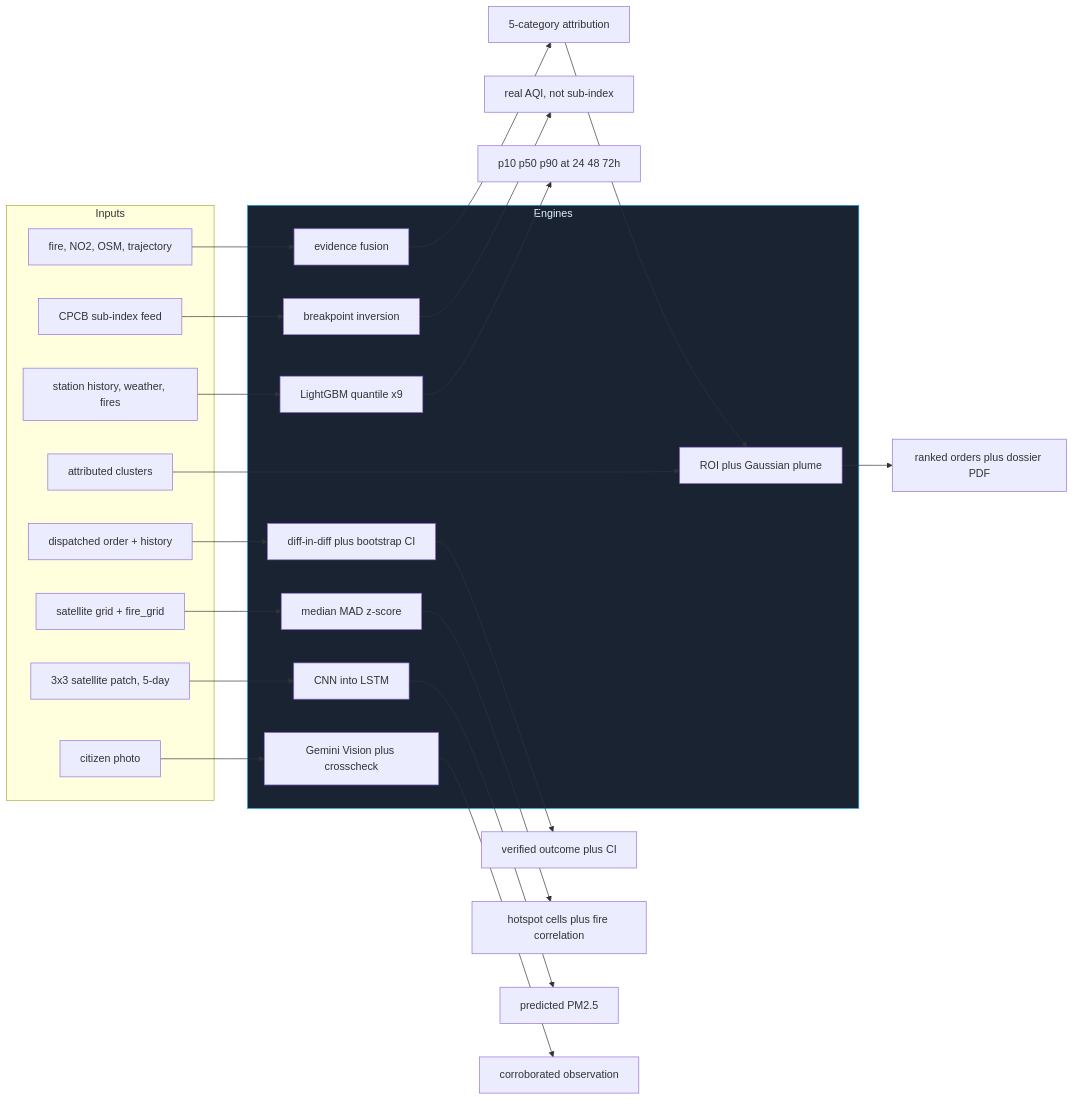
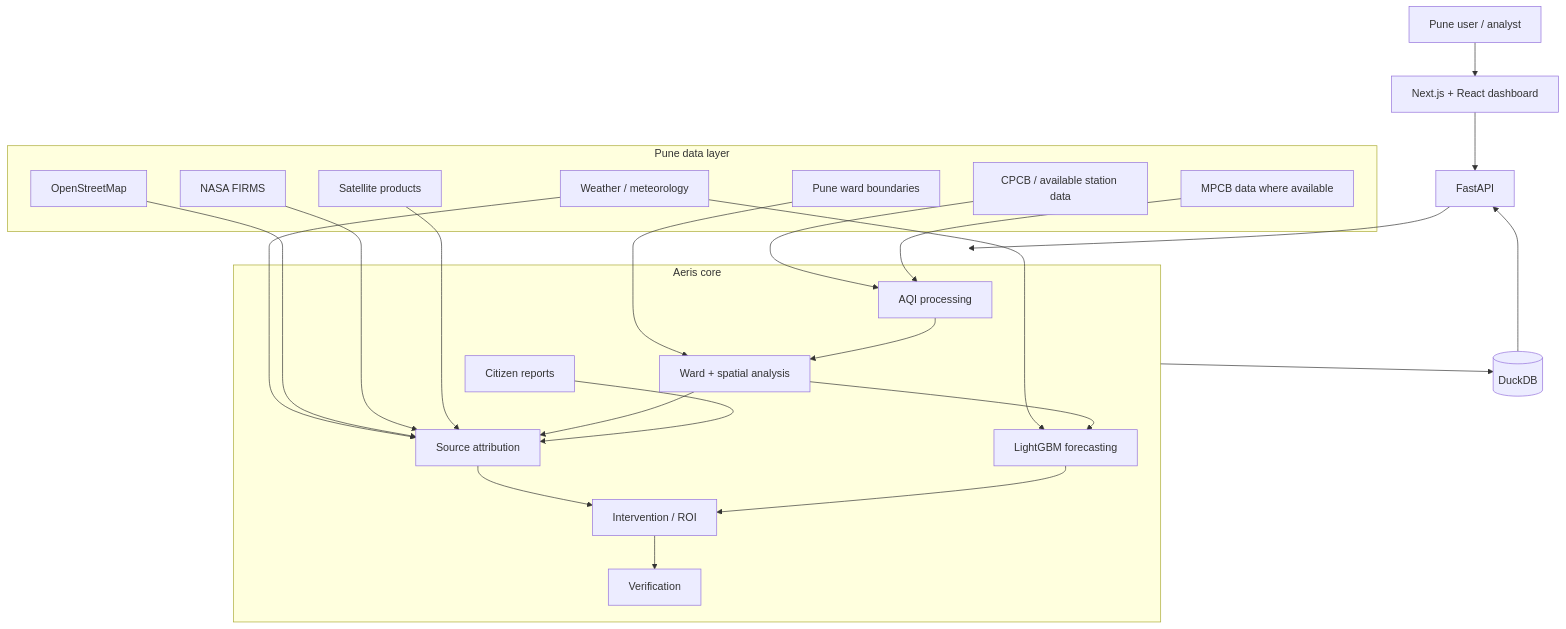
One commit to ashoka0402/final_year_project changed the diagram in README.md. Above: the diagram before and after it, drawn with Mermaid. The commit also changed other lines of this file, not shown here.

Commit message:
docs: rebrand README for Aeris Pune

````diff
--- a/README.md
+++ b/README.md
@@ -320,34 +97,46 @@
 ```mermaid
-flowchart LR
-    subgraph inputs["Inputs"]
-        I1["CPCB sub-index feed"]
-        I2["station history, weather, fires"]
-        I3["fire, NO2, OSM, trajectory"]
-        I4["attributed clusters"]
-        I5["dispatched order + history"]
-        I6["satellite grid + fire_grid"]
-        I7["3x3 satellite patch, 5-day"]
-        I8["citizen photo"]
+flowchart TB
+    U["Pune user / analyst"] --> W["Next.js + React dashboard"]
+
+    W --> A["FastAPI"]
+    A --> CORE["Aeris core services"]
+
+    subgraph CORE["Aeris core"]
+        AQI["AQI processing"]
+        GEO["Ward + spatial analysis"]
+        FC["LightGBM forecasting"]
+        ATTR["Source attribution"]
+        INT["Intervention / ROI"]
+        CIT["Citizen reports"]
+        VER["Verification"]
     end
-    subgraph engines["Engines"]
-        E1["breakpoint inversion"]
-        E2["LightGBM quantile x9"]
-        E3["evidence fusion"]
-        E4["ROI plus Gaussian plume"]
-        E5["diff-in-diff plus bootstrap CI"]
-        E6["median MAD z-score"]
-        E7["CNN into LSTM"]
-        E8["Gemini Vision plus crosscheck"]
+
+    subgraph DATA["Pune data layer"]
+        CPCB["CPCB / available station data"]
+        MPCB["MPCB data where available"]
+        WX["Weather / meteorology"]
+        OSM["OpenStreetMap"]
+        FIRE["NASA FIRMS"]
+        SAT["Satellite products"]
+        WARD["Pune ward boundaries"]
     end
-    I1 --> E1 --> O1["real AQI, not sub-index"]
-    I2 --> E2 --> O2["p10 p50 p90 at 24 48 72h"]
-    I3 --> E3 --> O3["5-category attribution"]
-    O3 --> E4
-    I4 --> E4 --> O4["ranked orders plus dossier PDF"]
-    I5 --> E5 --> O5["verified outcome plus CI"]
-    I6 --> E6 --> O6["hotspot cells plus fire correlation"]
-    I7 --> E7 --> O7["predicted PM2.5"]
-    I8 --> E8 --> O8["corroborated observation"]
 
-    style engines fill:#1a2332,stroke:#0ea5e9,color:#e0f2fe
+    CPCB --> AQI
+    MPCB --> AQI
+    WX --> FC
+    WX --> ATTR
+    OSM --> ATTR
+    FIRE --> ATTR
+    SAT --> ATTR
+    WARD --> GEO
+    AQI --> GEO
+    GEO --> FC
+    GEO --> ATTR
+    ATTR --> INT
+    FC --> INT
+    CIT --> ATTR
+    INT --> VER
+
+    CORE --> DB[("DuckDB")]
+    DB --> A
 ```
````
